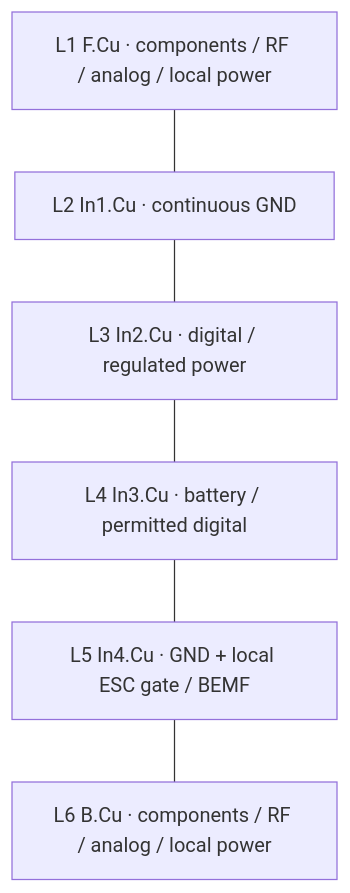
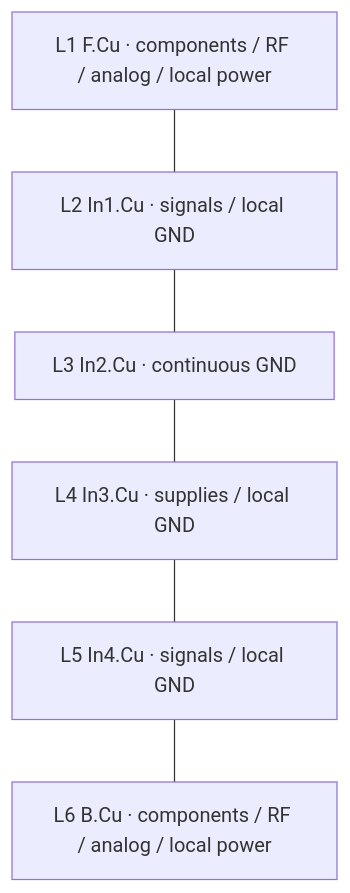
Before and after one commit to OpenDrone-hw/OpenAIO-Whoop: the diagram in research/ROUTING.md, drawn with Mermaid. The commit also changed other lines of this file and 10 other files, not shown here.

````diff
--- a/research/ROUTING.md
+++ b/research/ROUTING.md
@@ -46,10 +46,10 @@
 ```mermaid
 flowchart TB
   L1["L1 F.Cu · components / RF / analog / local power"]
-  L2["L2 In1.Cu · continuous GND"]
-  L3["L3 In2.Cu · digital / regulated power"]
-  L4["L4 In3.Cu · battery / permitted digital"]
-  L5["L5 In4.Cu · GND + local ESC gate / BEMF"]
+  L2["L2 In1.Cu · signals / local GND"]
+  L3["L3 In2.Cu · continuous GND"]
+  L4["L4 In3.Cu · supplies / local GND"]
+  L5["L5 In4.Cu · signals / local GND"]
   L6["L6 B.Cu · components / RF / analog / local power"]
   L1 --- L2 --- L3 --- L4 --- L5 --- L6
 ```
````
